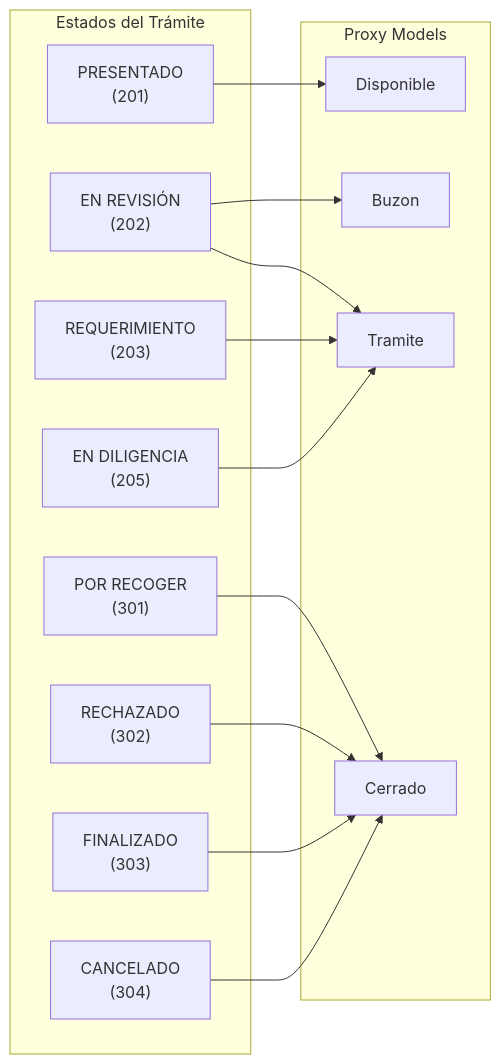
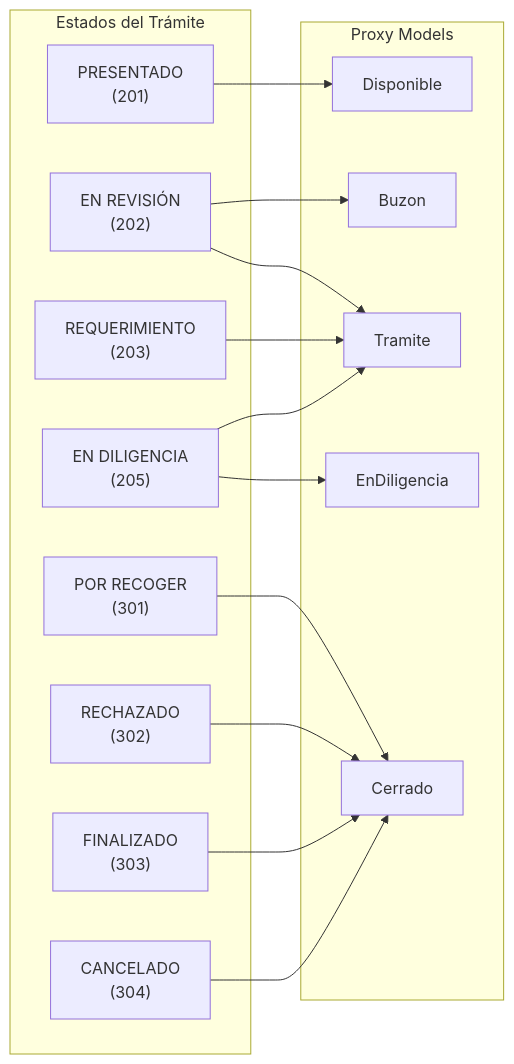
Before and after one commit to bogarin/back_office_sanfelo: the second of 2 diagrams in docs/05-DEVELOPERS/workflow.md, drawn with Mermaid. The commit also changed other lines of this file and 16 other files, not shown here.

````diff
--- a/docs/05-DEVELOPERS/workflow.md
+++ b/docs/05-DEVELOPERS/workflow.md
@@ -452,30 +456,32 @@
 ```mermaid
 graph LR
     subgraph "Estados del Trámite"
         P201["PRESENTADO<br/>(201)"]
         P202["EN REVISIÓN<br/>(202)"]
         P203["REQUERIMIENTO<br/>(203)"]
         P205["EN DILIGENCIA<br/>(205)"]
         F301["POR RECOGER<br/>(301)"]
         F302["RECHAZADO<br/>(302)"]
         F303["FINALIZADO<br/>(303)"]
         F304["CANCELADO<br/>(304)"]
     end
 
     subgraph "Proxy Models"
         D["Disponible"]
         B["Buzon"]
         T["Tramite"]
+        E["EnDiligencia"]
         C["Cerrado"]
     end
 
     P201 --> D
     P202 --> B
     P202 --> T
     P203 --> T
     P205 --> T
+    P205 --> E
     F301 --> C
     F302 --> C
     F303 --> C
     F304 --> C
 ```
````
